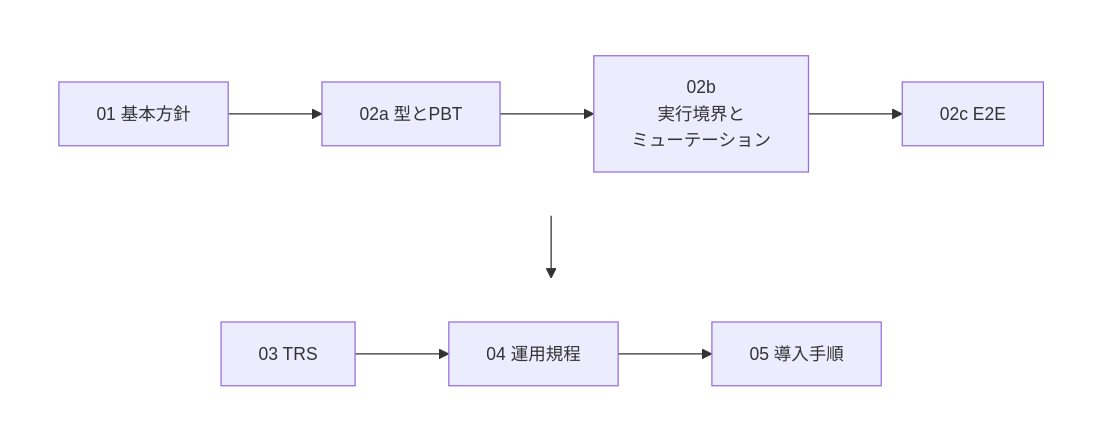
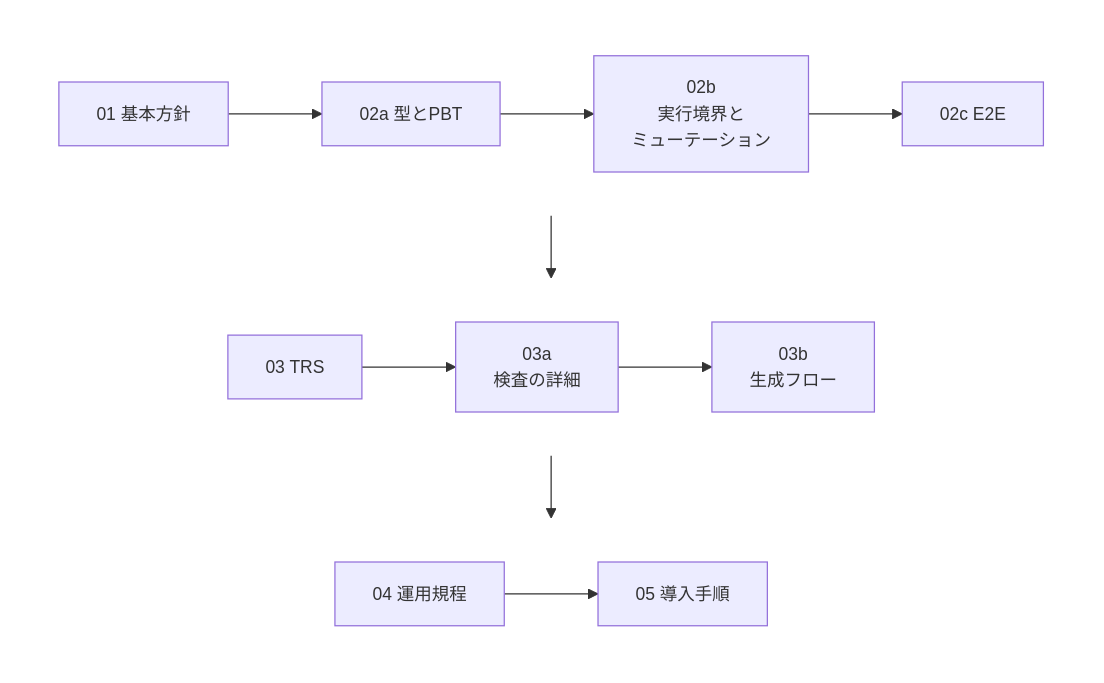
Before and after one commit to toshio-shiratori/harness-test-strategy: the third of 3 diagrams in README.md, drawn with Mermaid. The commit also changed other lines of this file and 38 other files, not shown here.

First line of the commit message:
docs: 03-trs-guideline を入口・トレーサビリティ検査(03a)・生成フロー(03b)に分割する (#316)

````diff
--- a/README.md
+++ b/README.md
@@ -75,15 +75,20 @@
 ```mermaid
 flowchart TB
   subgraph R1[" "]
     direction LR
     A["01 基本方針"] --> B["02a 型とPBT"] --> C["02b<br/>実行境界と<br/>ミューテーション"] --> D["02c E2E"]
   end
   subgraph R2[" "]
     direction LR
-    E["03 TRS"] --> F["04 運用規程"] --> G["05 導入手順"]
+    E["03 TRS"] --> E2["03a<br/>検査の詳細"] --> E3["03b<br/>生成フロー"]
   end
-  R1 --> R2
+  subgraph R3[" "]
+    direction LR
+    F["04 運用規程"] --> G["05 導入手順"]
+  end
+  R1 --> R2 --> R3
   style R1 fill:none,stroke:none
   style R2 fill:none,stroke:none
+  style R3 fill:none,stroke:none
   classDef default font-size:14px
 ```
````
